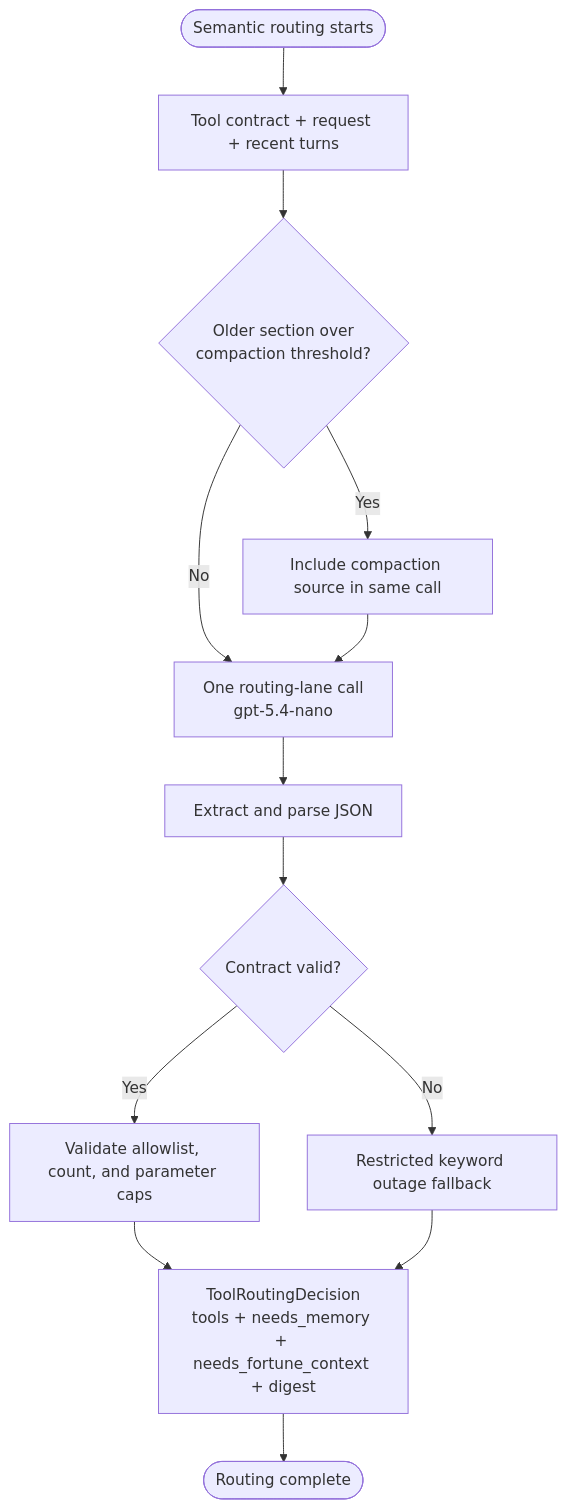
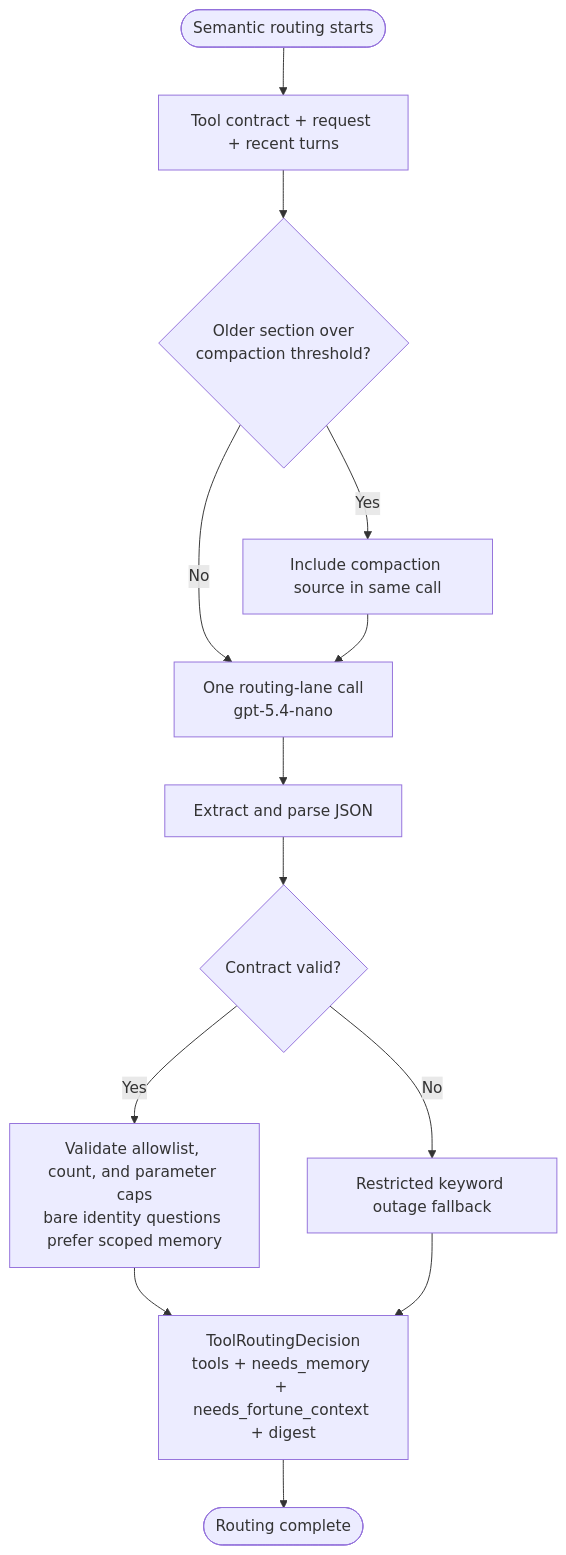
One commit to kim0040/masamong changed diagram 11 of 15 in docs/UML_SPEC.en.md. Above: the diagram before and after it, drawn with Mermaid. The commit also changed 6 other files, not shown here.

Commit message:
Stabilize scoped identity routing

````diff
--- a/docs/UML_SPEC.en.md
+++ b/docs/UML_SPEC.en.md
@@ -714,15 +714,15 @@
 ```mermaid
 flowchart TD
     Start([Semantic routing starts]) --> BuildPrompt[Tool contract + request + recent turns]
     BuildPrompt --> NeedDigest{Older section over<br/>compaction threshold?}
     NeedDigest -->|Yes| AddDigest[Include compaction source in same call]
     NeedDigest -->|No| CallRouting
     AddDigest --> CallRouting[One routing-lane call<br/>gpt-5.4-nano]
     CallRouting --> ParseJSON[Extract and parse JSON]
     ParseJSON --> Valid{Contract valid?}
-    Valid -->|Yes| Sanitize[Validate allowlist, count, and parameter caps]
+    Valid -->|Yes| Sanitize[Validate allowlist, count, and parameter caps<br/>bare identity questions prefer scoped memory]
     Valid -->|No| Emergency[Restricted keyword outage fallback]
     Sanitize --> Decision[ToolRoutingDecision<br/>tools + needs_memory + needs_fortune_context + digest]
     Emergency --> Decision
     Decision --> Done([Routing complete])
 ```
````
